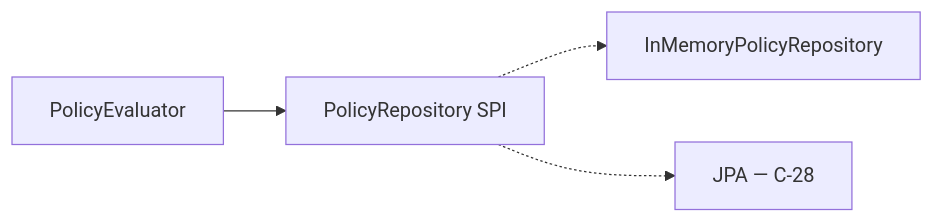
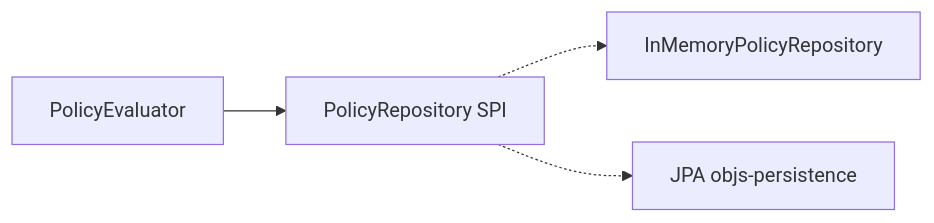
Before and after one commit to qpointz/objs: the first of 2 diagrams in docs/design/policy/repository.md, drawn with Mermaid. The commit also changed other lines of this file and 26 other files, not shown here.

````diff
--- a/docs/design/policy/repository.md
+++ b/docs/design/policy/repository.md
@@ -11,10 +11,10 @@
 ```mermaid
 flowchart LR
   Eval[PolicyEvaluator]
   SPI[PolicyRepository SPI]
   Mem[InMemoryPolicyRepository]
-  JPA[JPA — C-28]
+  JPA[JPA objs-persistence]
   Eval --> SPI
   SPI -.-> Mem
   SPI -.-> JPA
 ```
````
